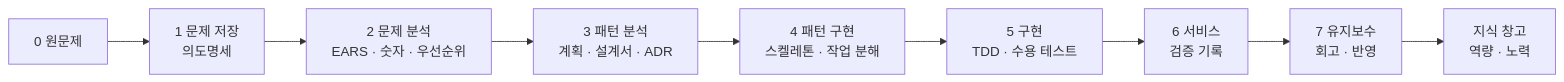
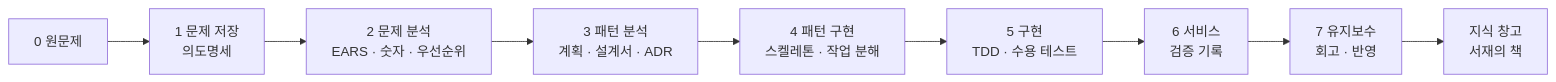
One commit to 2026-Codyssey-Final-Proj/Final-Proj changed the first of 2 diagrams in 01-docs/00-overview/requirements.md. Above: the diagram before and after it, drawn with Mermaid. The commit also changed other lines of this file and 55 other files, not shown here.

````diff
--- a/01-docs/00-overview/requirements.md
+++ b/01-docs/00-overview/requirements.md
@@ -41,5 +41,5 @@
 ```mermaid
 flowchart LR
     S0["0 원문제"] --> S1["1 문제 저장<br/>의도명세"] --> S2["2 문제 분석<br/>EARS · 숫자 · 우선순위"] --> S3["3 패턴 분석<br/>계획 · 설계서 · ADR"] --> S4["4 패턴 구현<br/>스켈레톤 · 작업 분해"] --> S5["5 구현<br/>TDD · 수용 테스트"] --> S6["6 서비스<br/>검증 기록"] --> S7["7 유지보수<br/>회고 · 반영"]
-    S7 --> KB["지식 창고<br/>역량 · 노력"]
+    S7 --> KB["지식 창고<br/>서재의 책"]
 ```
````
